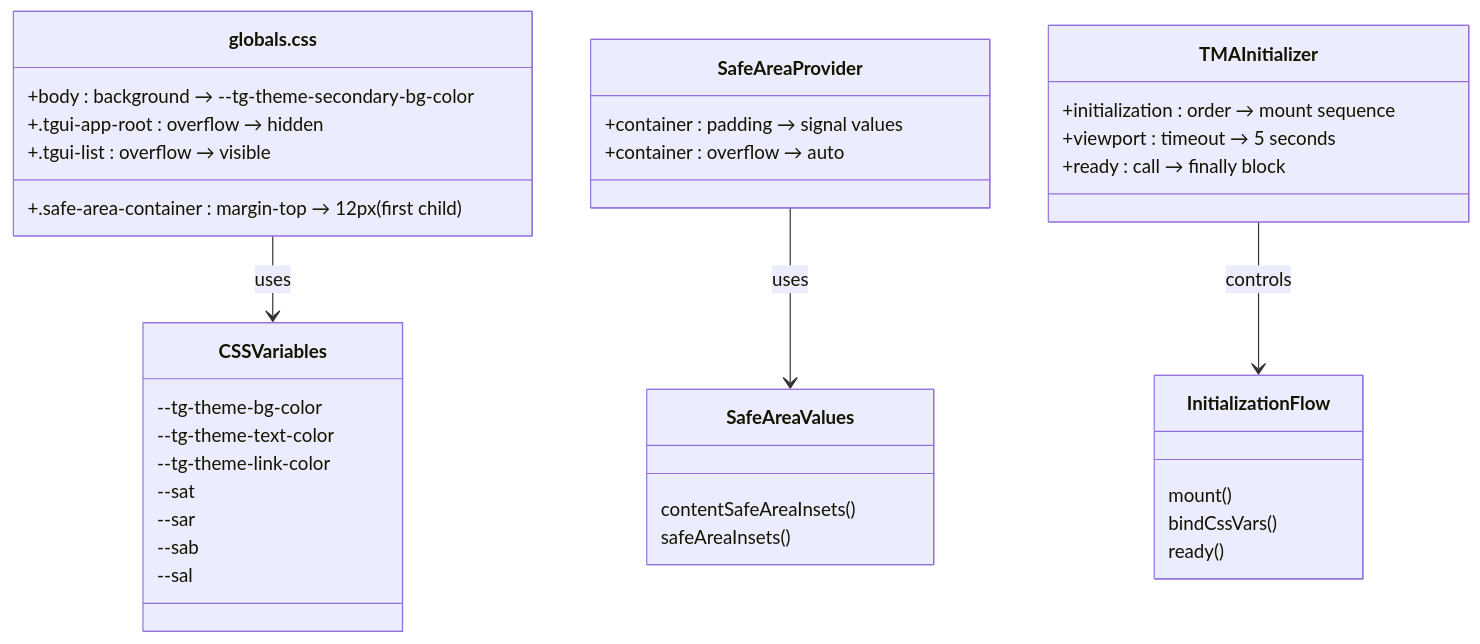
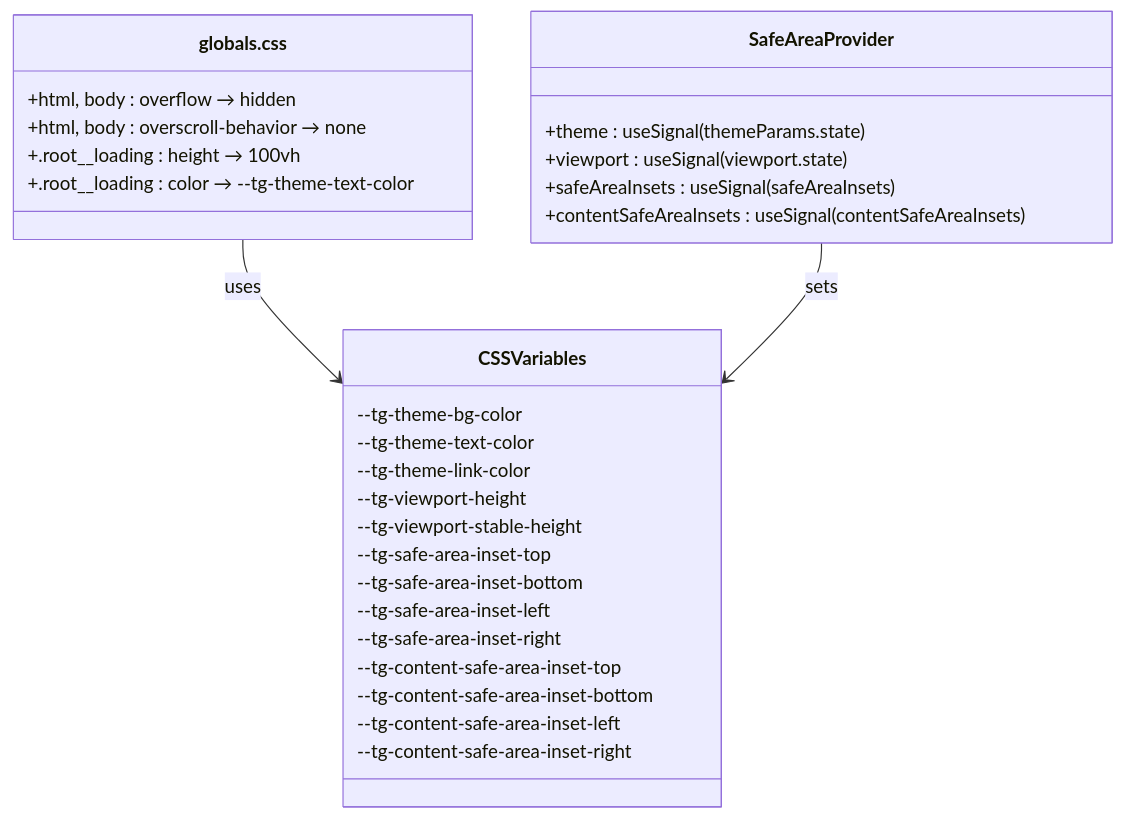
The third of 4 diagrams in .qoder/repowiki/en/content/Core Architecture/Theme and Viewport Integration.md (Miaterio/Passion-bot-2), drawn with Mermaid before and after one commit. The commit also changed other lines of this file and 199 other files, not shown here.

````diff
--- a/.qoder/repowiki/en/content/Core Architecture/Theme and Viewport Integration.md
+++ b/.qoder/repowiki/en/content/Core Architecture/Theme and Viewport Integration.md
@@ -149,39 +170,32 @@
 ```mermaid
 classDiagram
 class globals.css {
-+body : background → --tg-theme-secondary-bg-color
-+.safe-area-container : margin-top → 12px (first child)
-+.tgui-app-root : overflow → hidden
-+.tgui-list : overflow → visible
++html, body : overflow → hidden
++html, body : overscroll-behavior → none
++.root__loading : height → 100vh
++.root__loading : color → --tg-theme-text-color
 }
 class SafeAreaProvider {
-+container : padding → signal values
-+container : overflow → auto
++theme : useSignal(themeParams.state)
++viewport : useSignal(viewport.state)
++safeAreaInsets : useSignal(safeAreaInsets)
++contentSafeAreaInsets : useSignal(contentSafeAreaInsets)
 }
-class TMAInitializer {
-+initialization : order → mount sequence
-+viewport : timeout → 5 seconds
-+ready : call → finally block
-}
-globals.css --> CSSVariables : uses
-SafeAreaProvider --> SafeAreaValues : uses
-TMAInitializer --> InitializationFlow : controls
 class CSSVariables {
 --tg-theme-bg-color
 --tg-theme-text-color
 --tg-theme-link-color
---sat
---sar
---sab
---sal
+--tg-viewport-height
+--tg-viewport-stable-height
+--tg-safe-area-inset-top
+--tg-safe-area-inset-bottom
+--tg-safe-area-inset-left
+--tg-safe-area-inset-right
+--tg-content-safe-area-inset-top
+--tg-content-safe-area-inset-bottom
+--tg-content-safe-area-inset-left
+--tg-content-safe-area-inset-right
 }
-class SafeAreaValues {
-contentSafeAreaInsets()
-safeAreaInsets()
-}
-class InitializationFlow {
-mount()
-bindCssVars()
-ready()
-}
+globals.css --> CSSVariables : uses
+SafeAreaProvider --> CSSVariables : sets
 ```
````
